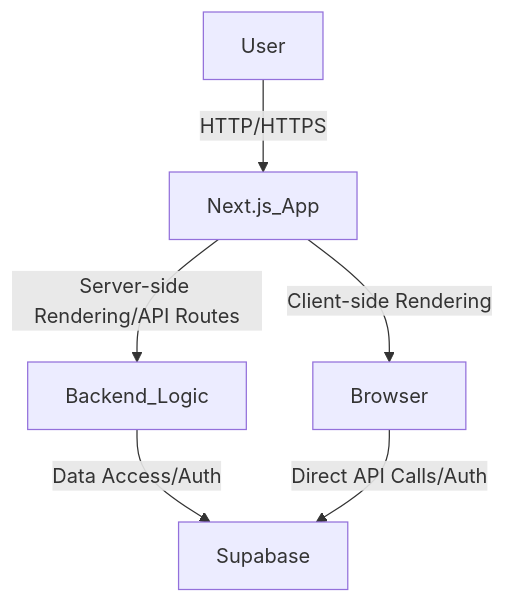
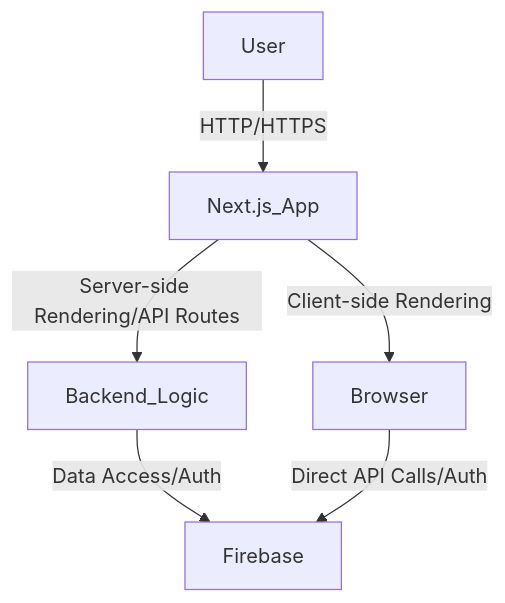
Before and after one commit to shikiuku/student-budget-native: the diagram in technical_architecture.md, drawn with Mermaid. The commit also changed other lines of this file and 1 other file, not shown here.

First line of the commit message:
Docs: Switch from Supabase to Firebase for database and authentication

````diff
--- a/technical_architecture.md
+++ b/technical_architecture.md
@@ -9,8 +9,8 @@
 ```mermaid
 graph TD
     User -->|HTTP/HTTPS| Next.js_App
     Next.js_App -->|Client-side Rendering| Browser
     Next.js_App -->|Server-side Rendering/API Routes| Backend_Logic
-    Backend_Logic -->|Data Access/Auth| Supabase
-    Browser -->|Direct API Calls/Auth| Supabase
+    Backend_Logic -->|Data Access/Auth| Firebase
+    Browser -->|Direct API Calls/Auth| Firebase
 ```
````
